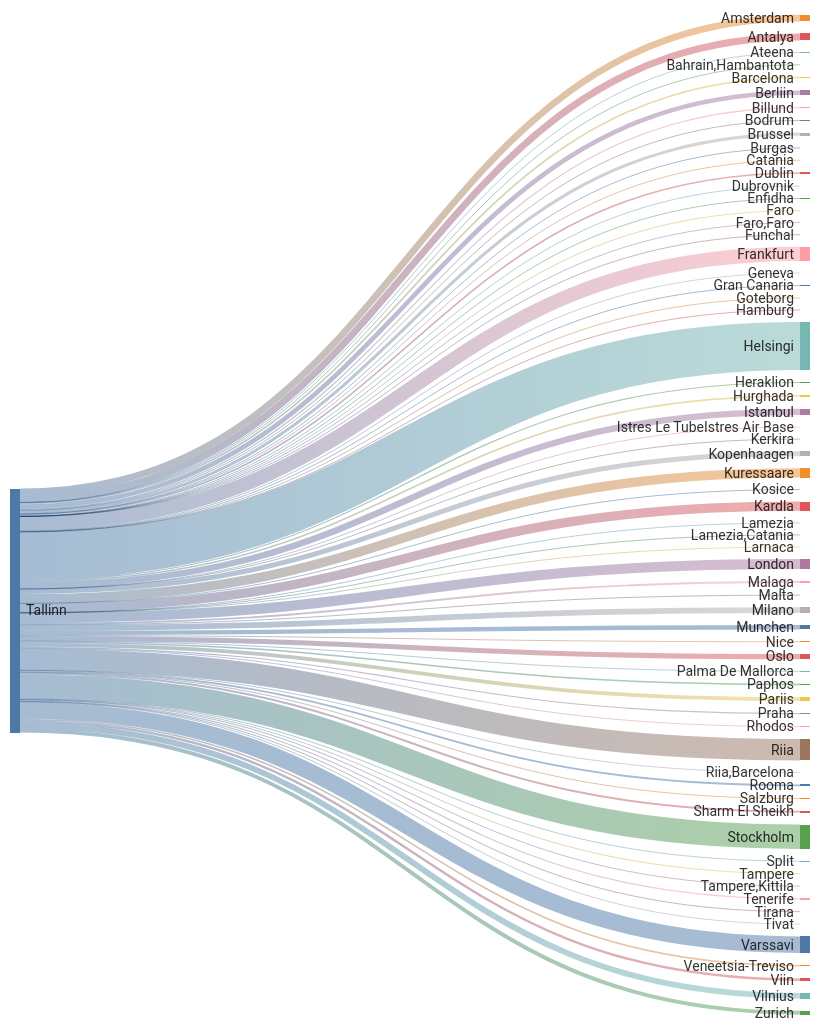
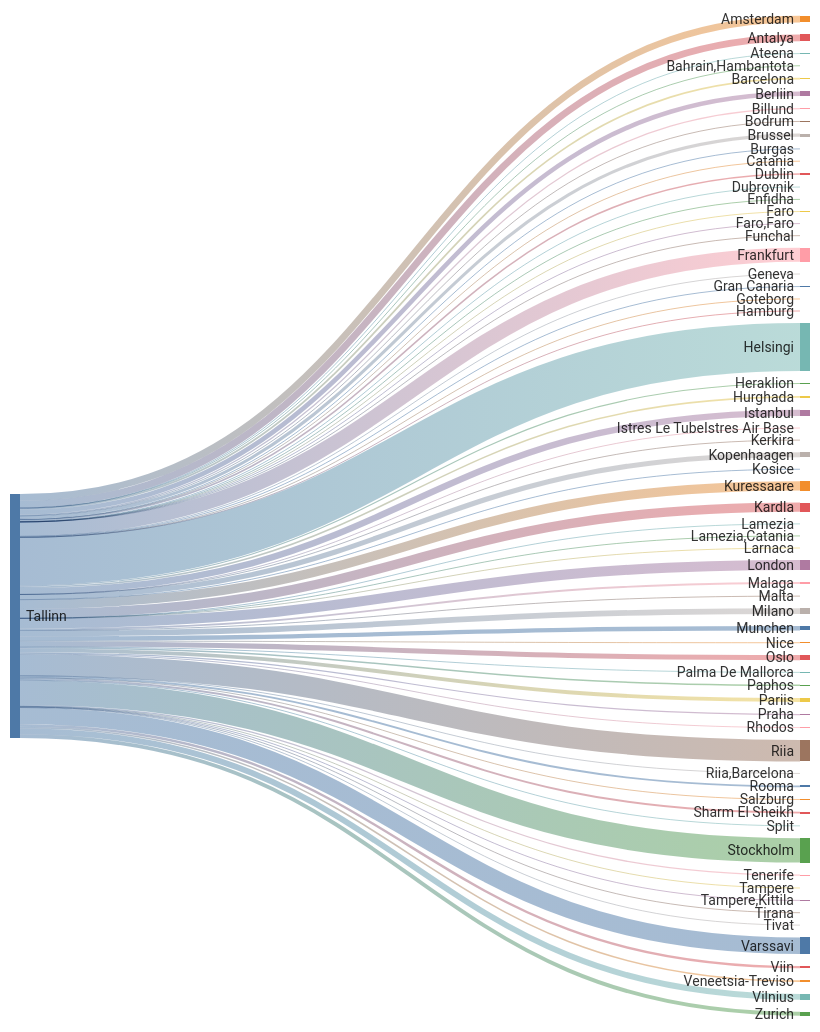
One commit to rainermesi/tll-airport-departures changed the second of 2 diagrams in README.md. Above: the diagram before and after it, drawn with Mermaid. The commit also changed other lines of this file, not shown here.

````diff
--- a/README.md
+++ b/README.md
@@ -34,77 +34,77 @@
 ```mermaid
 ---
 config:
   sankey:
     showValues: false
     width: 800
     height: 1000
 ---
 sankey-beta
 %% source,target,value
-Tallinn,Amsterdam,268
+Tallinn,Amsterdam,269
 Tallinn,Antalya,274
 Tallinn,Ateena,16
 Tallinn,"Bahrain,Hambantota",1
-Tallinn,Barcelona,67
+Tallinn,Barcelona,68
 Tallinn,Berliin,183
 Tallinn,Billund,49
 Tallinn,Bodrum,11
-Tallinn,Brussel,121
+Tallinn,Brussel,122
 Tallinn,Burgas,21
 Tallinn,Catania,2
 Tallinn,Dublin,62
 Tallinn,Dubrovnik,21
 Tallinn,Enfidha,7
 Tallinn,Faro,4
 Tallinn,"Faro,Faro",1
-Tallinn,Frankfurt,562
+Tallinn,Frankfurt,564
 Tallinn,Funchal,5
 Tallinn,Geneva,10
-Tallinn,Gran Canaria,32
+Tallinn,Gran Canaria,33
 Tallinn,Goteborg,1
 Tallinn,Hamburg,1
-Tallinn,Helsingi,1901
+Tallinn,Helsingi,1910
 Tallinn,Heraklion,46
-Tallinn,Hurghada,61
-Tallinn,Istanbul,253
+Tallinn,Hurghada,62
+Tallinn,Istanbul,254
 Tallinn,Istres Le TubeIstres Air Base,2
 Tallinn,Kerkira,4
-Tallinn,Kopenhaagen,201
+Tallinn,Kopenhaagen,202
 Tallinn,Kosice,1
-Tallinn,Kuressaare,369
-Tallinn,Kardla,369
+Tallinn,Kuressaare,371
+Tallinn,Kardla,371
 Tallinn,Lamezia,1
 Tallinn,"Lamezia,Catania",3
 Tallinn,Larnaca,4
-Tallinn,London,397
+Tallinn,London,399
 Tallinn,Malaga,74
 Tallinn,Malta,15
-Tallinn,Milano,226
-Tallinn,Munchen,175
+Tallinn,Milano,227
+Tallinn,Munchen,176
 Tallinn,Nice,25
-Tallinn,Oslo,202
+Tallinn,Oslo,203
 Tallinn,Palma De Mallorca,19
 Tallinn,Paphos,60
 Tallinn,Pariis,152
 Tallinn,Praha,49
 Tallinn,Rhodos,32
-Tallinn,Riia,852
+Tallinn,Riia,856
 Tallinn,"Riia,Barcelona",1
-Tallinn,Rooma,74
+Tallinn,Rooma,75
 Tallinn,Salzburg,11
-Tallinn,Sharm El Sheikh,76
+Tallinn,Sharm El Sheikh,77
 Tallinn,Split,25
-Tallinn,Stockholm,965
+Tallinn,Stockholm,970
 Tallinn,Tampere,17
 Tallinn,"Tampere,Kittila",16
-Tallinn,Tenerife,49
+Tallinn,Tenerife,50
 Tallinn,Tirana,8
 Tallinn,Tivat,26
-Tallinn,Varssavi,654
+Tallinn,Varssavi,657
 Tallinn,Veneetsia-Treviso,61
 Tallinn,Viin,97
-Tallinn,Vilnius,234
+Tallinn,Vilnius,235
 Tallinn,Zurich,156
 
 
 ```
````
